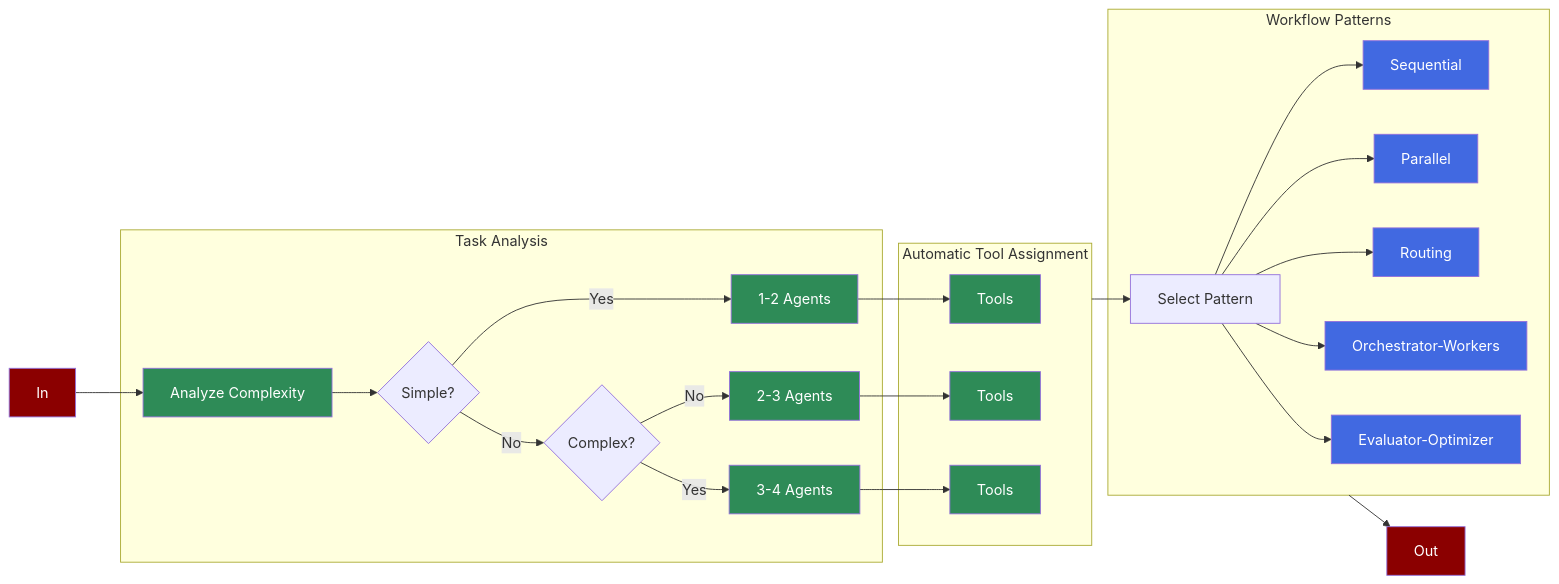
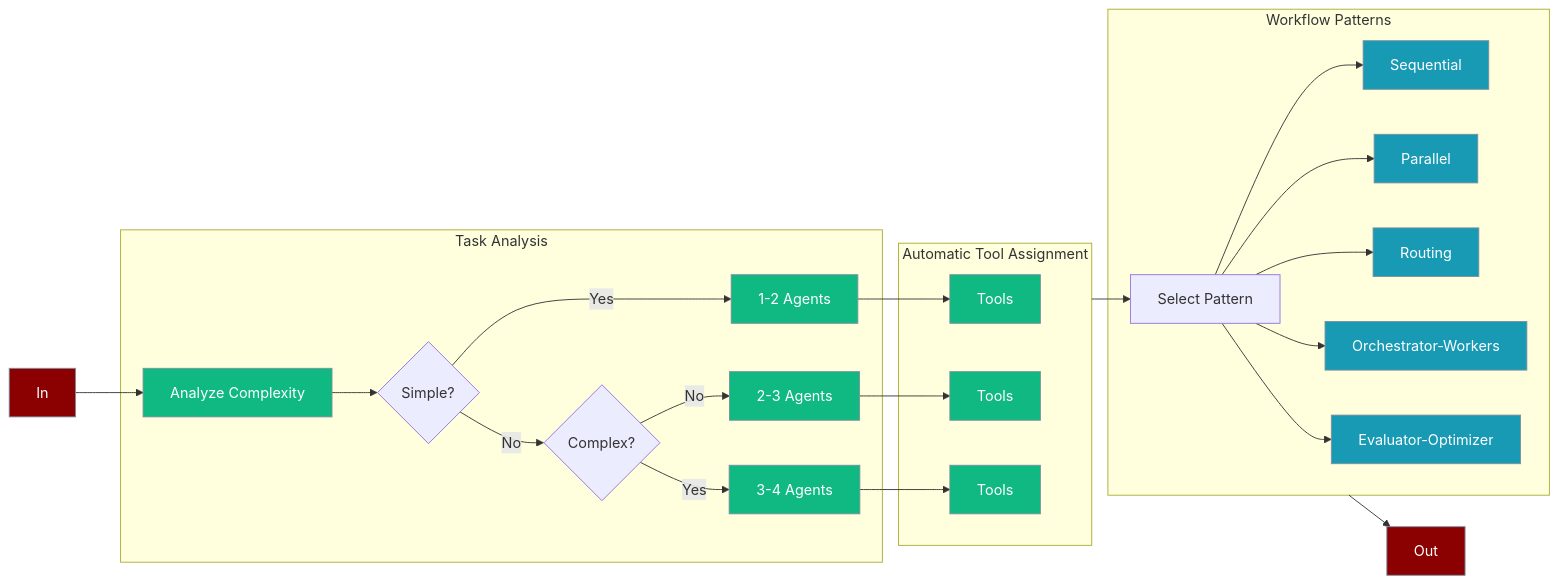
Before and after one commit to MervinPraison/PraisonAIDocs: the first of 2 diagrams in docs/features/autoagents.mdx, drawn with Mermaid. The commit also changed other lines of this file and 8 other files, not shown here.

````diff
--- a/docs/features/autoagents.mdx
+++ b/docs/features/autoagents.mdx
@@ -7,45 +8,38 @@
 ```mermaid
 flowchart LR
     In[In] --> Analyze[Analyze Complexity]
     
     subgraph Analysis[Task Analysis]
         Analyze --> Simple{Simple?}
         Simple -->|Yes| Agent1[1-2 Agents]
         Simple -->|No| Complex{Complex?}
         Complex -->|Yes| Agent3[3-4 Agents]
         Complex -->|No| Agent2[2-3 Agents]
     end
     
     subgraph Tools[Automatic Tool Assignment]
         Agent1 --> Tool1[Tools]
         Agent2 --> Tool2[Tools]
         Agent3 --> Tool3[Tools]
     end
     
     Tools --> Pattern[Select Pattern]
     
     subgraph Patterns[Workflow Patterns]
         Pattern --> Seq[Sequential]
         Pattern --> Par[Parallel]
         Pattern --> Route[Routing]
         Pattern --> Orch[Orchestrator-Workers]
         Pattern --> Eval[Evaluator-Optimizer]
     end
     
     Patterns --> Out[Out]
     
-    style In fill:#8B0000,color:#fff
-    style Analyze fill:#2E8B57,color:#fff
-    style Agent1 fill:#2E8B57,color:#fff
-    style Agent2 fill:#2E8B57,color:#fff
-    style Agent3 fill:#2E8B57,color:#fff
-    style Tool1 fill:#2E8B57,color:#fff
-    style Tool2 fill:#2E8B57,color:#fff
-    style Tool3 fill:#2E8B57,color:#fff
-    style Seq fill:#4169E1,color:#fff
-    style Par fill:#4169E1,color:#fff
-    style Route fill:#4169E1,color:#fff
-    style Orch fill:#4169E1,color:#fff
-    style Eval fill:#4169E1,color:#fff
-    style Out fill:#8B0000,color:#fff
+    classDef input fill:#8B0000,stroke:#7C90A0,color:#fff
+    classDef process fill:#10B981,stroke:#7C90A0,color:#fff
+    classDef pattern fill:#189AB4,stroke:#7C90A0,color:#fff
+
+    class In,Out input
+    class Analyze,Agent1,Agent2,Agent3,Tool1,Tool2,Tool3 process
+    class Seq,Par,Route,Orch,Eval pattern
 ```
````
